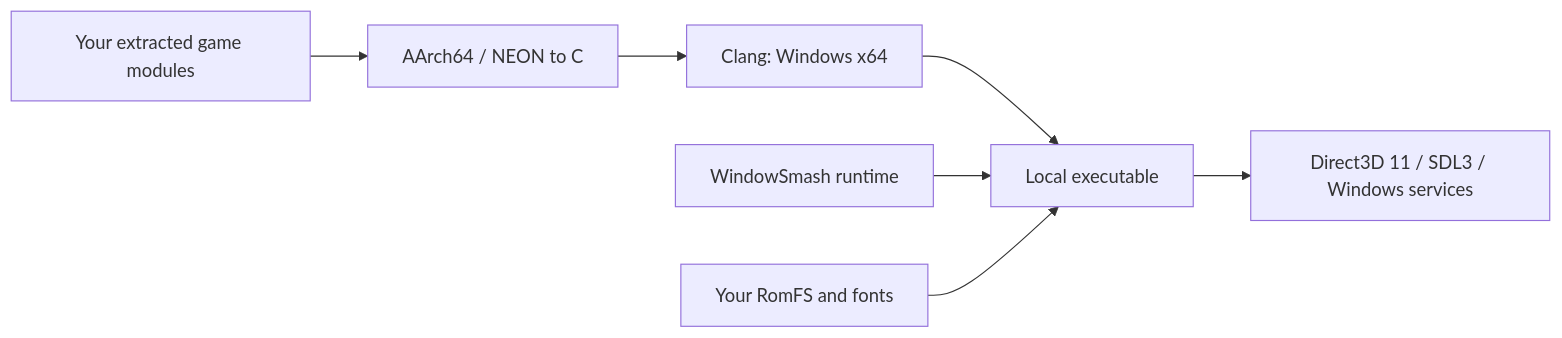
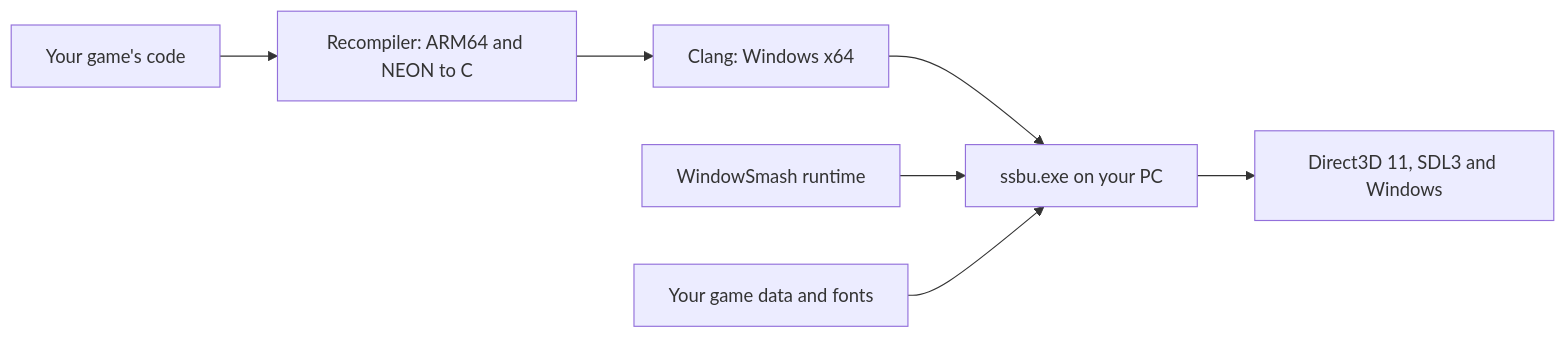
Before and after one commit to AlexisDJassoF/WindowSmash: the diagram in README.md, drawn with Mermaid. The commit also changed other lines of this file and 13 other files, not shown here.

````diff
--- a/README.md
+++ b/README.md
@@ -144,9 +177,9 @@
 ```mermaid
 flowchart LR
-    A[Your extracted game modules] --> B[AArch64 / NEON to C]
+    A[Your game's code] --> B[Recompiler: ARM64 and NEON to C]
     B --> C[Clang: Windows x64]
-    C --> D[Local executable]
+    C --> D[ssbu.exe on your PC]
     E[WindowSmash runtime] --> D
-    F[Your RomFS and fonts] --> D
-    D --> G[Direct3D 11 / SDL3 / Windows services]
+    F[Your game data and fonts] --> D
+    D --> G[Direct3D 11, SDL3 and Windows]
 ```
````
